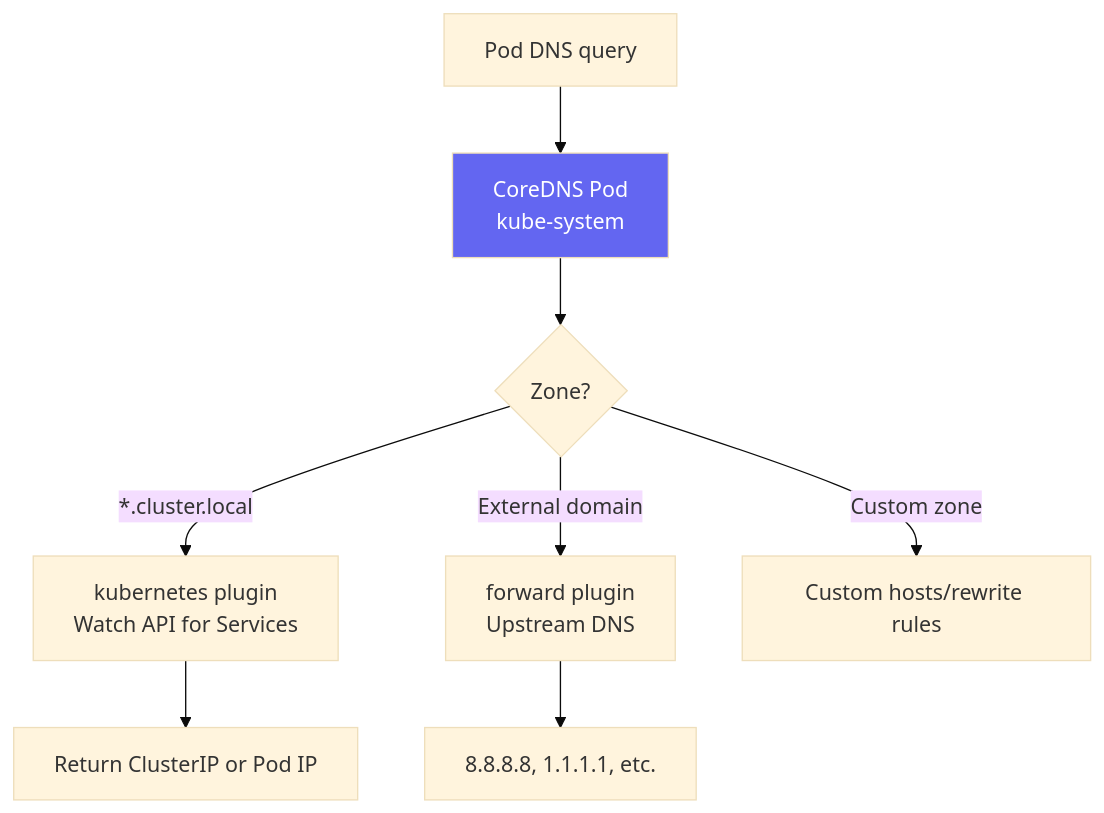
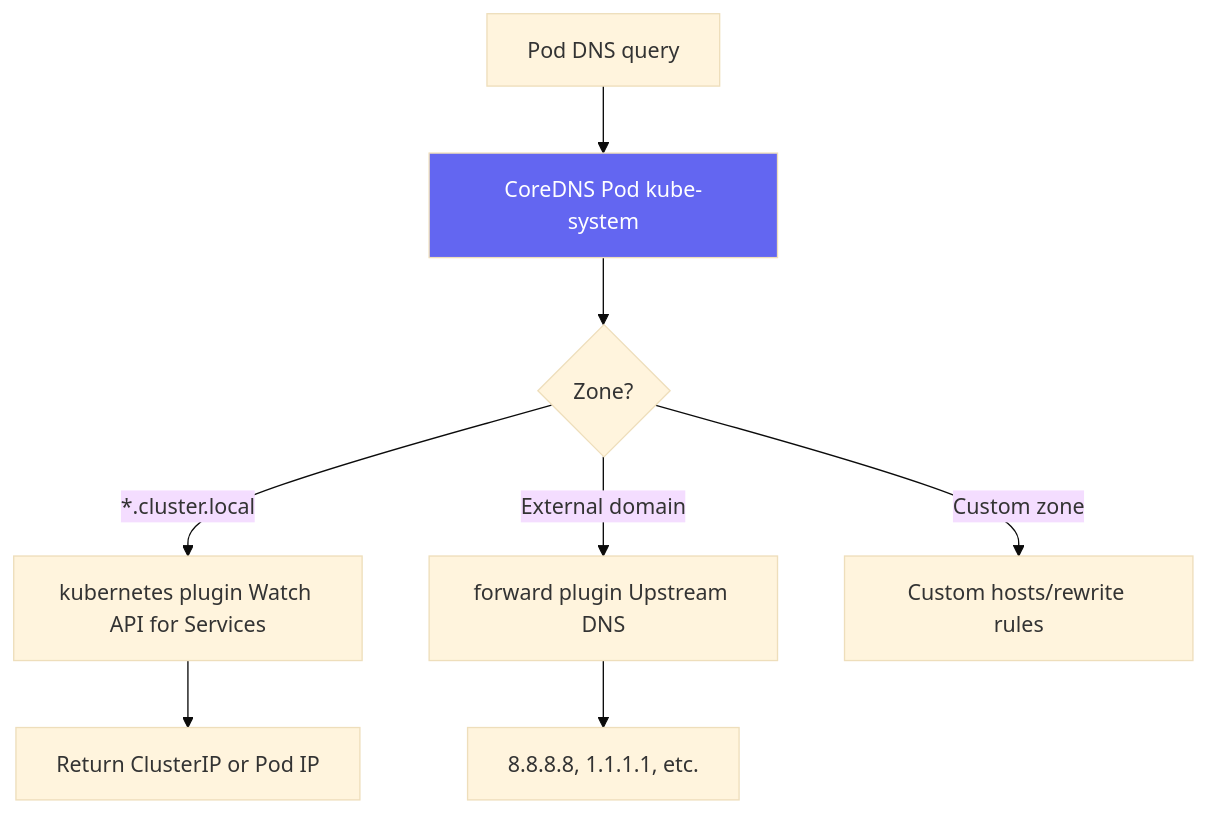
One commit to UncleJS/course_k3s changed the second of 3 diagrams in 04_networking/03_dns_coredns.md. Above: the diagram before and after it, drawn with Mermaid (base theme). The commit also changed other lines of this file and 57 other files, not shown here.

````diff
--- a/04_networking/03_dns_coredns.md
+++ b/04_networking/03_dns_coredns.md
@@ -59,12 +59,12 @@
 ```mermaid
 flowchart TD
-    POD[Pod DNS query] --> COREDNS[CoreDNS Pod\nkube-system]
+    POD[Pod DNS query] --> COREDNS[CoreDNS Pod kube-system]
     COREDNS --> ZONES{Zone?}
-    ZONES -->|"*.cluster.local"| K8S[kubernetes plugin\nWatch API for Services]
-    ZONES -->|"External domain"| FWD[forward plugin\nUpstream DNS]
+    ZONES -->|"*.cluster.local"| K8S[kubernetes plugin Watch API for Services]
+    ZONES -->|"External domain"| FWD[forward plugin Upstream DNS]
     ZONES -->|"Custom zone"| CUSTOM[Custom hosts/rewrite rules]
     K8S --> SVC[Return ClusterIP or Pod IP]
     FWD --> UPSTREAM[8.8.8.8, 1.1.1.1, etc.]
 
     style COREDNS fill:#6366f1,color:#fff
 ```
````
